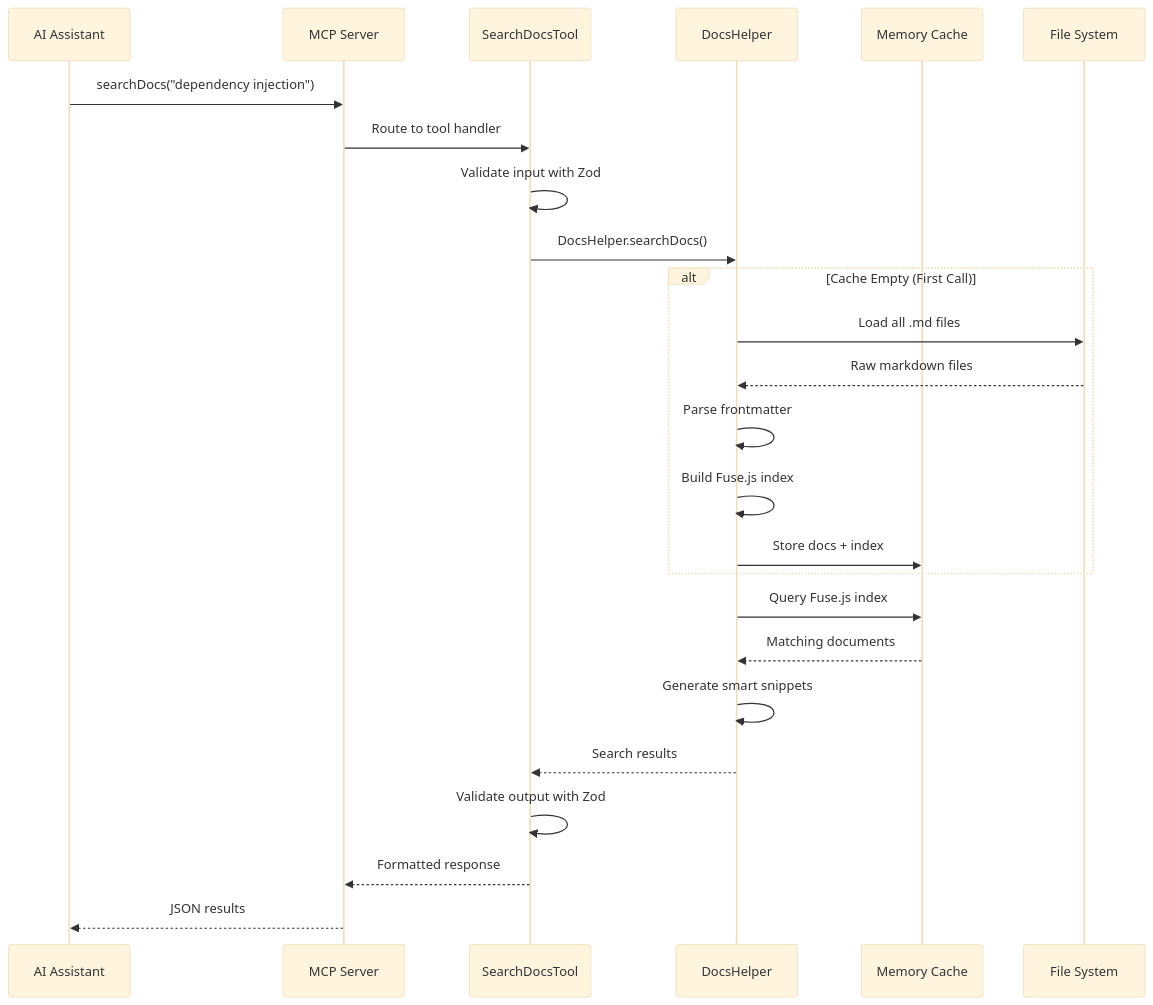
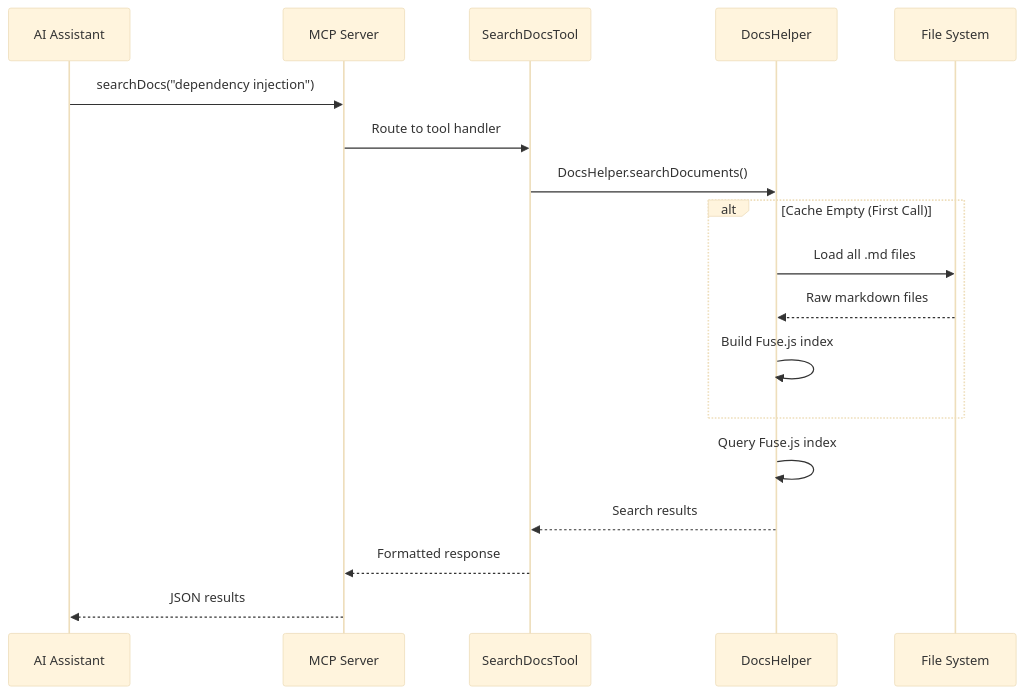
One commit to VENIZIA-AI/ignis changed the second of 5 diagrams in packages/docs/wiki/references/src-details/mcp-server.md. Above: the diagram before and after it, drawn with Mermaid (base theme). The commit also changed other lines of this file and 47 other files, not shown here.

````diff
--- a/packages/docs/wiki/references/src-details/mcp-server.md
+++ b/packages/docs/wiki/references/src-details/mcp-server.md
@@ -49,30 +67,23 @@
 ```mermaid
 sequenceDiagram
     participant AI as AI Assistant
     participant MCP as MCP Server
     participant Tool as SearchDocsTool
     participant Helper as DocsHelper
-    participant Cache as Memory Cache
     participant FS as File System
 
     AI->>MCP: searchDocs("dependency injection")
     MCP->>Tool: Route to tool handler
-    Tool->>Tool: Validate input with Zod
-    Tool->>Helper: DocsHelper.searchDocs()
+    Tool->>Helper: DocsHelper.searchDocuments()
 
     alt Cache Empty (First Call)
         Helper->>FS: Load all .md files
         FS-->>Helper: Raw markdown files
-        Helper->>Helper: Parse frontmatter
         Helper->>Helper: Build Fuse.js index
-        Helper->>Cache: Store docs + index
     end
 
-    Helper->>Cache: Query Fuse.js index
-    Cache-->>Helper: Matching documents
-    Helper->>Helper: Generate smart snippets
+    Helper->>Helper: Query Fuse.js index
     Helper-->>Tool: Search results
-    Tool->>Tool: Validate output with Zod
     Tool-->>MCP: Formatted response
     MCP-->>AI: JSON results
 ```
````
